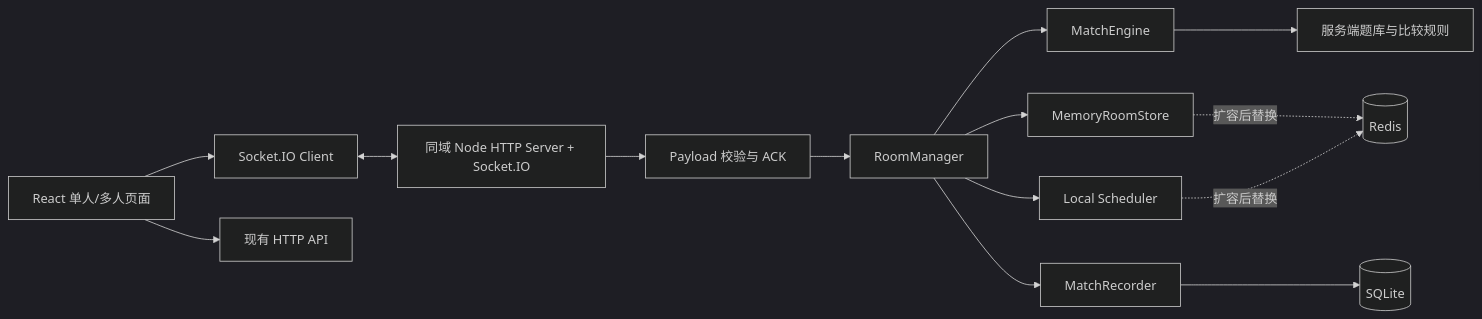
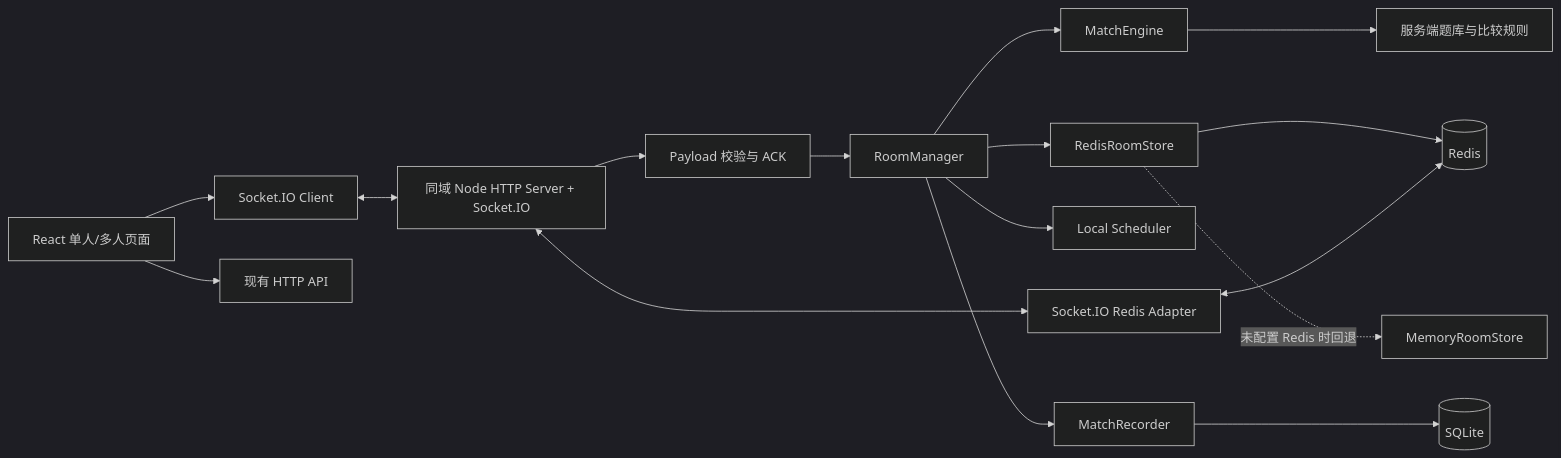
Before and after one commit to TraceOnSnow/SteamGuess: the first of 3 diagrams in docs/multiplayer-research.md, drawn with Mermaid (dark theme). The commit also changed other lines of this file and 174 other files, not shown here.

````diff
--- a/docs/multiplayer-research.md
+++ b/docs/multiplayer-research.md
@@ -364,16 +372,18 @@
 ```mermaid
 flowchart LR
     UI[React 单人/多人页面] --> SC[Socket.IO Client]
     UI --> HTTP[现有 HTTP API]
     SC <--> IO[同域 Node HTTP Server + Socket.IO]
     IO --> PROTOCOL[Payload 校验与 ACK]
     PROTOCOL --> RM[RoomManager]
     RM --> ENGINE[MatchEngine]
     ENGINE --> CATALOG[服务端题库与比较规则]
-    RM --> STORE[MemoryRoomStore]
+    RM --> STORE[RedisRoomStore]
     RM --> SCHED[Local Scheduler]
     RM --> REC[MatchRecorder]
     REC --> SQLITE[(SQLite)]
-    STORE -. 扩容后替换 .-> REDIS[(Redis)]
-    SCHED -. 扩容后替换 .-> REDIS
+    STORE --> REDIS[(Redis)]
+    IO <--> ADAPTER[Socket.IO Redis Adapter]
+    ADAPTER <--> REDIS
+    STORE -. 未配置 Redis 时回退 .-> MEMORY[MemoryRoomStore]
 ```
````
